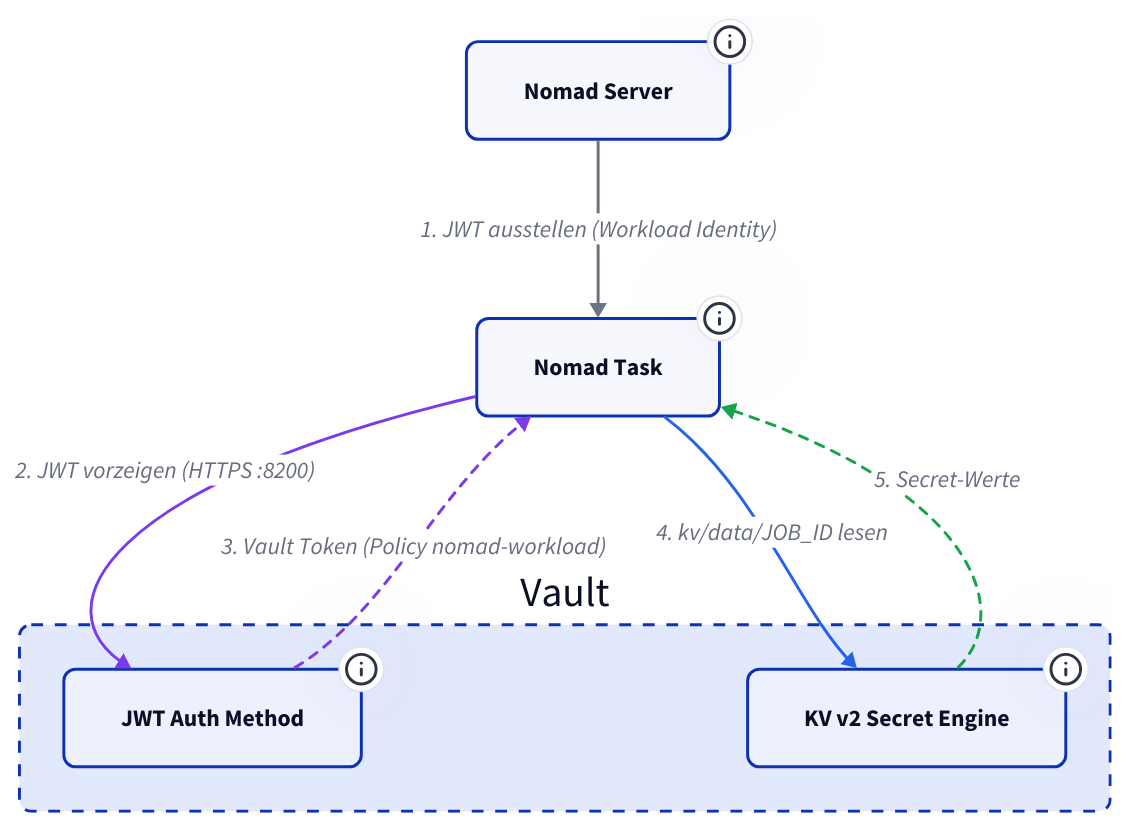
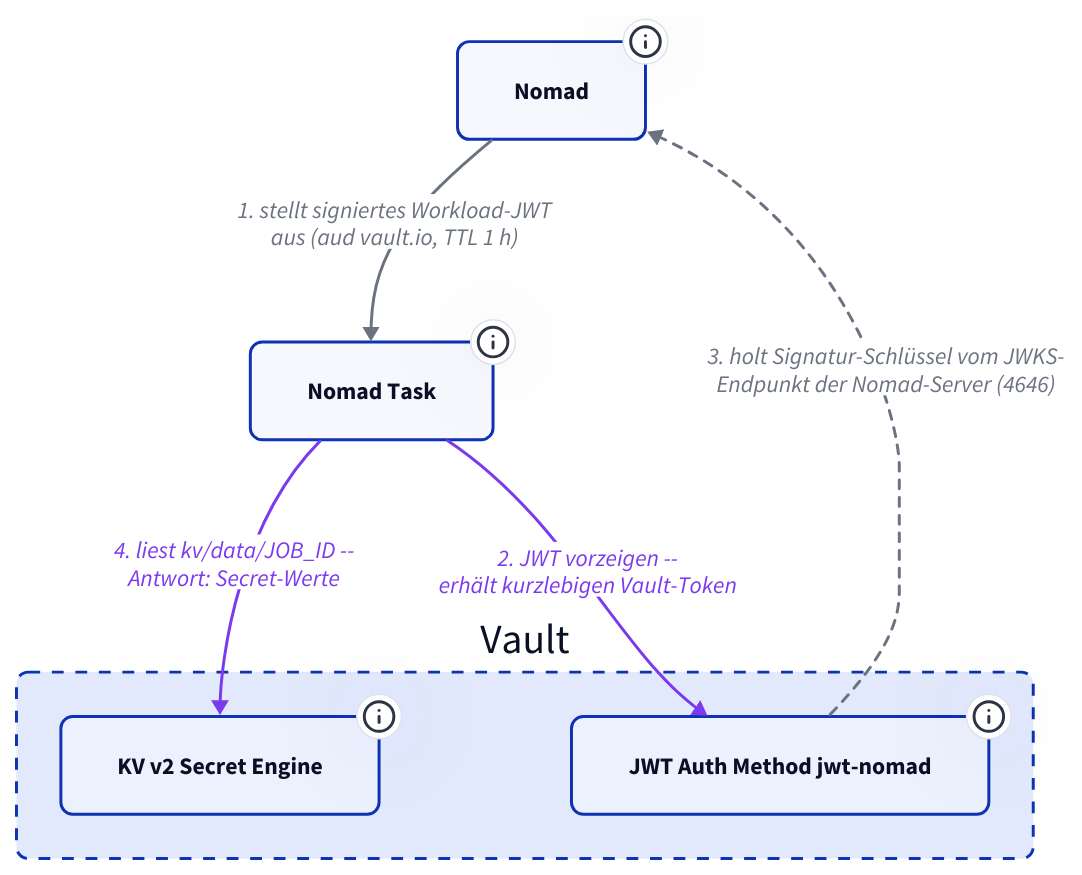
The second of 2 diagrams in docs/plattform/vault/index.md (derever-labs/homelab-wiki), drawn with D2 before and after one commit. The commit also changed other lines of this file, not shown here.

First line of the commit message:
docs(vault): Cluster-Sicht und WI-Fluss auf Mechanik umgebaut

````diff
--- a/docs/plattform/vault/index.md
+++ b/docs/plattform/vault/index.md
@@ -110,50 +116,39 @@
 ```d2
 classes: {
   node: { style: { border-radius: 8 } }
   container: { style: { border-radius: 8; stroke-dash: 4 } }
+  secrets: { style: { stroke: "#7c3aed"; font-color: "#7c3aed" } }
+  intern: { style: { stroke: "#6b7280"; font-color: "#6b7280" } }
+  intern-async: { style: { stroke: "#6b7280"; stroke-dash: 3; font-color: "#6b7280" } }
 }
 
-Nomad: Nomad Server {
+direction: down
+
+Nomad: Nomad {
   class: node
-  tooltip: "Stellt beim Task-Start automatisch ein signiertes JWT aus (Workload Identity)"
+  tooltip: "Die Server signieren das Workload-JWT -- der Client-Agent erledigt Login und Template-Rendering stellvertretend für den Task"
 }
 
 Task: Nomad Task {
   class: node
-  tooltip: "Container mit vault-Stanza (role nomad-workloads) -- Workload Identity kommt aus der default_identity der Nomad-Config"
+  tooltip: "vault-Stanza mit role nomad-workloads -- Identity aus der clusterweiten default_identity"
 }
 
 vault: Vault {
   class: container
 
-  auth: JWT Auth Method {
-    class: node
-    tooltip: "Validiert die JWT-Signatur gegen Nomads JWKS-Endpoint"
-  }
   kv: KV v2 Secret Engine {
     class: node
-    tooltip: "Pfad-Konvention: kv/data/JOB_ID -- Policy nomad-workload beschränkt Zugriff auf eigenen Pfad"
+    tooltip: "Pfad-Konvention kv/data/JOB_ID -- Policy nomad-workload beschränkt auf eigenen Pfad plus shared"
+  }
+  auth: JWT Auth Method jwt-nomad {
+    class: node
+    tooltip: "bound_audiences vault.io -- Identität des Tasks kommt aus dem Claim nomad_job_id"
   }
 }
 
-Nomad -> Task: 1. JWT ausstellen (Workload Identity) {
-  style.stroke: "#6b7280"
-}
-Task -> vault.auth: 2. JWT vorzeigen (HTTPS :8200) {
-  style.stroke: "#7c3aed"
-  tooltip: "Task authentifiziert sich mit dem JWT -- kein statischer Token nötig"
-}
-vault.auth -> Task: 3. Vault Token (Policy nomad-workload) {
-  style.stroke: "#7c3aed"
-  style.stroke-dash: 3
-  tooltip: "Vault prüft JWT-Signatur via Nomad JWKS, dann Token mit eingeschränkter Policy"
-}
-Task -> vault.kv: 4. kv/data/JOB_ID lesen {
-  style.stroke: "#2563eb"
-  tooltip: "Task liest nur Secrets unter seinem eigenen Job-Pfad"
-}
-vault.kv -> Task: 5. Secret-Werte {
-  style.stroke: "#16a34a"
-  style.stroke-dash: 3
-}
+Nomad -> Task: "1. stellt signiertes Workload-JWT\naus (aud vault.io, TTL 1 h)" { class: intern }
+Task -> vault.auth: "2. JWT vorzeigen --\nerhält kurzlebigen Vault-Token" { class: secrets }
+vault.auth -> Nomad: "3. holt Signatur-Schlüssel vom JWKS-\nEndpunkt der Nomad-Server (4646)" { class: intern-async }
+Task -> vault.kv: "4. liest kv/data/JOB_ID --\nAntwort: Secret-Werte" { class: secrets }
 ```
````
